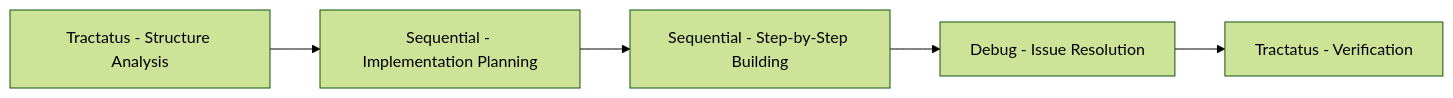
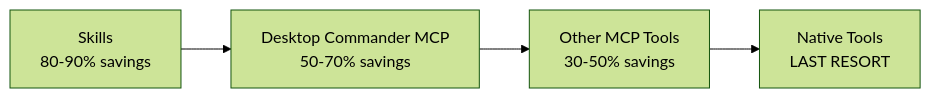
The seventh of 8 diagrams in README.md (Alot1z/get-shit-indexed), drawn with Mermaid (forest theme) before and after one commit. The commit also changed other lines of this file and 2 other files, not shown here.

Commit message:
chore(1.20.0): prepare for npm publish - Update README with Mermaid diagrams and feature tables - Bump version to 1.20.0 - Add .npmrc to .gitignore (security)

````diff
--- a/README.md
+++ b/README.md
@@ -1420,7 +230,6 @@
 ```mermaid
 graph LR
-    A[Tractatus - Structure Analysis] --> B[Sequential - Implementation Planning]
-    B --> C[Sequential - Step-by-Step Building]
-    C --> D[Debug - Issue Resolution]
-    D --> E[Tractatus - Verification]
+    A[Skills<br/>80-90% savings] --> B[Desktop Commander MCP<br/>50-70% savings]
+    B --> C[Other MCP Tools<br/>30-50% savings]
+    C --> D[Native Tools<br/>LAST RESORT]
 ```
````
